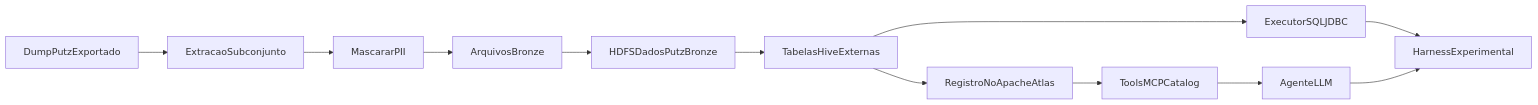
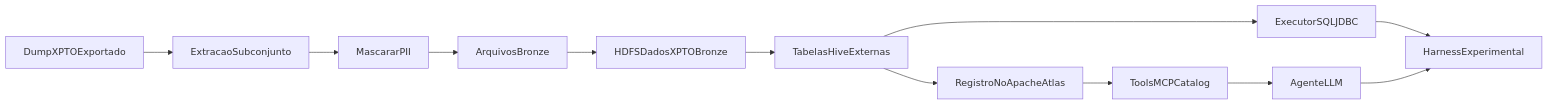
One commit to joaopfduarte/text-to-sql-arch changed the diagram in docs/diagrams/ingestao-xpto.mmd. Above: the diagram before and after it, drawn with Mermaid. The commit also changed 8 other files, not shown here.

```diff
--- a/docs/diagrams/ingestao-xpto.mmd
+++ b/docs/diagrams/ingestao-xpto.mmd
@@ -1,12 +1,12 @@
 flowchart LR
-    dump[DumpPutzExportado] --> extracao[ExtracaoSubconjunto]
+    dump[DumpXPTOExportado] --> extracao[ExtracaoSubconjunto]
     extracao --> mascarar[MascararPII]
     mascarar --> bronze[ArquivosBronze]
-    bronze --> hdfsBronze[HDFSDadosPutzBronze]
+    bronze --> hdfsBronze[HDFSDadosXPTOBronze]
     hdfsBronze --> hiveExt[TabelasHiveExternas]
     hiveExt --> atlasReg[RegistroNoApacheAtlas]
     atlasReg --> mcpTools[ToolsMCPCatalog]
     hiveExt --> jdbcExec[ExecutorSQLJDBC]
     jdbcExec --> harness[HarnessExperimental]
     mcpTools --> agente[AgenteLLM]
     agente --> harness
```
